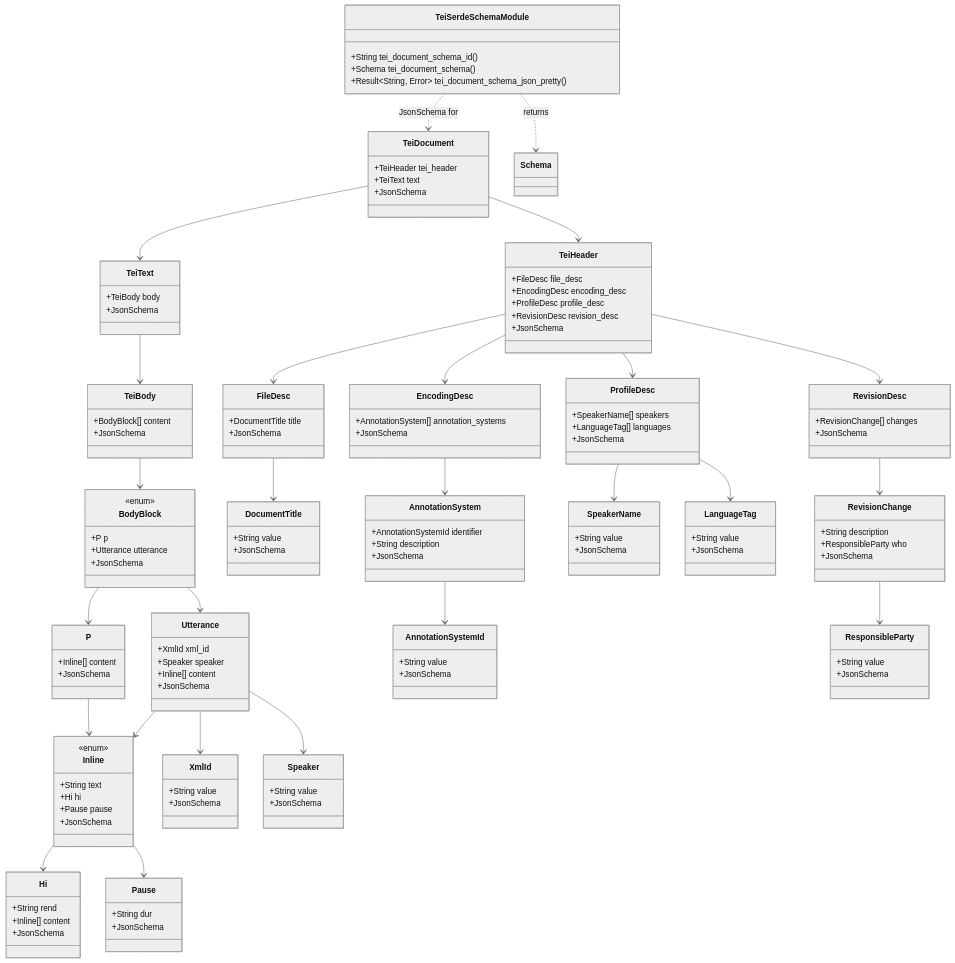
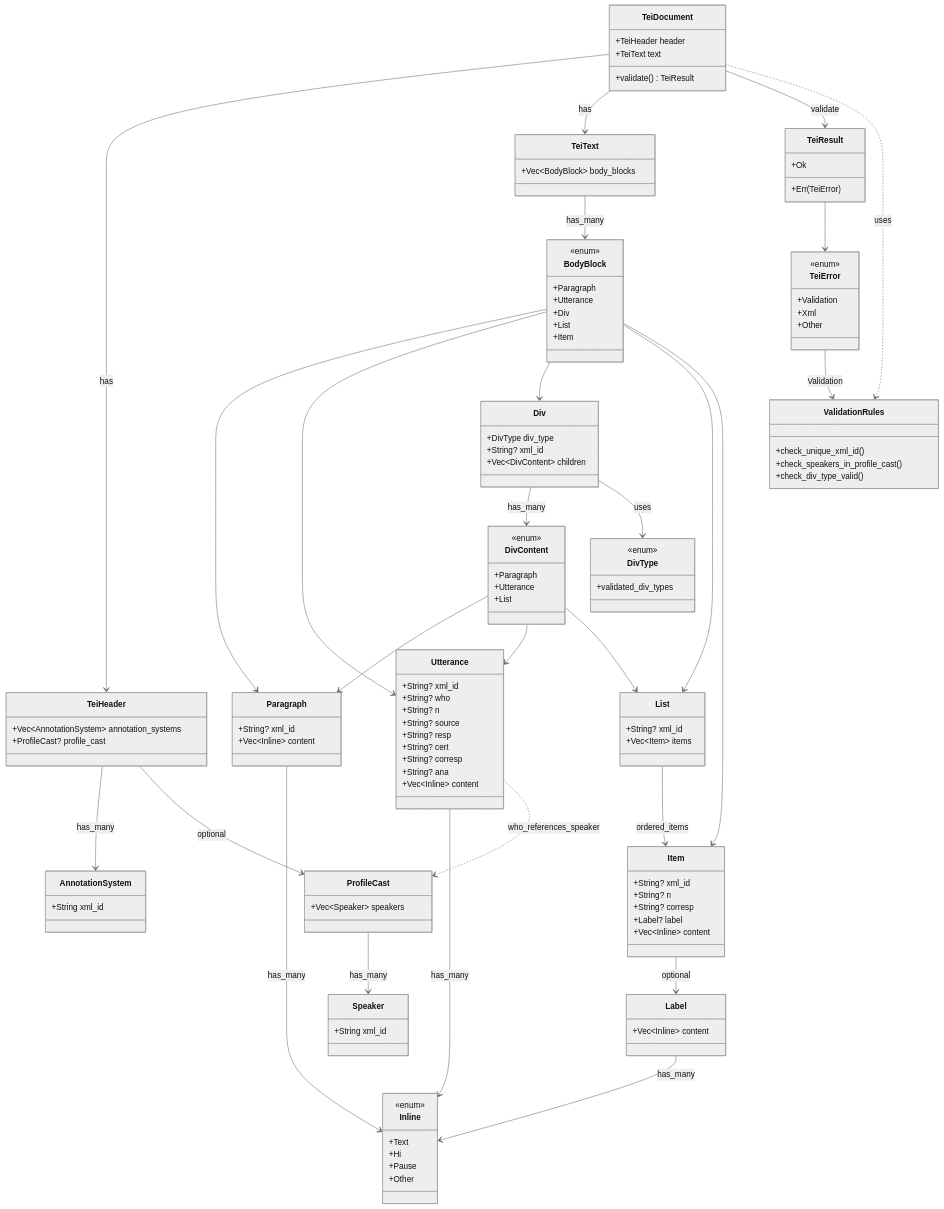
One commit to leynos/tei-rapporteur changed the second of 4 diagrams in docs/tei-rapporteur-design-document.md. Above: the diagram before and after it, drawn with Mermaid (neutral theme). The commit also changed other lines of this file, not shown here.

Commit message:
docs(tei-core): update class diagram and documentation for core data model
- Revised the detailed class diagram of the `tei-core` data model to better illustrate structural body elements such as paragraphs, utterances, thematic divisions, lists, and items.
- Enhanced descriptions of header components, validation rules, and relationships between document entities.
- Reorganized Mermaid diagram definitions to reflect updated entities and relationships for clarity.
- Removed outdated subcomponent diagrams and replaced with consolidated, clearer schematic of the data model.

This improves the accuracy and comprehensiveness of the design document for maintainers and contributors.

````diff
--- a/docs/tei-rapporteur-design-document.md
+++ b/docs/tei-rapporteur-design-document.md
@@ -740,182 +742,154 @@
 ```mermaid
 classDiagram
-    %% Core document structure
+
     class TeiDocument {
-        +TeiHeader tei_header
-        +TeiText text
-        +JsonSchema
+      +TeiHeader header
+      +TeiText text
+      +validate() TeiResult
     }
 
     class TeiHeader {
-        +FileDesc file_desc
-        +EncodingDesc encoding_desc
-        +ProfileDesc profile_desc
-        +RevisionDesc revision_desc
-        +JsonSchema
+      +Vec~AnnotationSystem~ annotation_systems
+      +ProfileCast? profile_cast
+    }
+
+    class AnnotationSystem {
+      +String xml_id
+    }
+
+    class ProfileCast {
+      +Vec~Speaker~ speakers
+    }
+
+    class Speaker {
+      +String xml_id
     }
 
     class TeiText {
-        +TeiBody body
-        +JsonSchema
-    }
-
-    class TeiBody {
-        +BodyBlock[] content
-        +JsonSchema
+      +Vec~BodyBlock~ body_blocks
     }
 
     class BodyBlock {
-        <<enum>>
-        +P p
-        +Utterance utterance
-        +JsonSchema
+      <<enum>>
+      +Paragraph
+      +Utterance
+      +Div
+      +List
+      +Item
     }
 
-    class P {
-        +Inline[] content
-        +JsonSchema
+    class Paragraph {
+      +String? xml_id
+      +Vec~Inline~ content
     }
 
     class Utterance {
-        +XmlId xml_id
-        +Speaker speaker
-        +Inline[] content
-        +JsonSchema
+      +String? xml_id
+      +String? who
+      +String? n
+      +String? source
+      +String? resp
+      +String? cert
+      +String? corresp
+      +String? ana
+      +Vec~Inline~ content
+    }
+
+    class Div {
+      +DivType div_type
+      +String? xml_id
+      +Vec~DivContent~ children
+    }
+
+    class DivContent {
+      <<enum>>
+      +Paragraph
+      +Utterance
+      +List
+    }
+
+    class List {
+      +String? xml_id
+      +Vec~Item~ items
+    }
+
+    class Item {
+      +String? xml_id
+      +String? n
+      +String? corresp
+      +Label? label
+      +Vec~Inline~ content
+    }
+
+    class Label {
+      +Vec~Inline~ content
     }
 
     class Inline {
-        <<enum>>
-        +String text
-        +Hi hi
-        +Pause pause
-        +JsonSchema
+      <<enum>>
+      +Text
+      +Hi
+      +Pause
+      +Other
     }
 
-    class Hi {
-        +String rend
-        +Inline[] content
-        +JsonSchema
+    class DivType {
+      <<enum>>
+      +validated_div_types
     }
 
-    class Pause {
-        +String dur
-        +JsonSchema
+    class TeiResult {
+      +Ok
+      +Err(TeiError)
     }
 
-    class XmlId {
-        +String value
-        +JsonSchema
+    class TeiError {
+      <<enum>>
+      +Validation
+      +Xml
+      +Other
     }
 
-    class Speaker {
-        +String value
-        +JsonSchema
+    class ValidationRules {
+      +check_unique_xml_id()
+      +check_speakers_in_profile_cast()
+      +check_div_type_valid()
     }
 
-    class DocumentTitle {
-        +String value
-        +JsonSchema
-    }
+    TeiDocument --> TeiHeader : has
+    TeiDocument --> TeiText : has
+    TeiDocument --> TeiResult : validate
+    TeiDocument ..> ValidationRules : uses
 
-    %% Header subcomponents
-    class FileDesc {
-        +DocumentTitle title
-        +JsonSchema
-    }
+    TeiHeader --> AnnotationSystem : has_many
+    TeiHeader --> ProfileCast : optional
 
-    class EncodingDesc {
-        +AnnotationSystem[] annotation_systems
-        +JsonSchema
-    }
+    ProfileCast --> Speaker : has_many
 
-    class AnnotationSystem {
-        +AnnotationSystemId identifier
-        +String description
-        +JsonSchema
-    }
+    TeiText --> BodyBlock : has_many
 
-    class AnnotationSystemId {
-        +String value
-        +JsonSchema
-    }
+    Div --> DivContent : has_many
+    Div --> DivType : uses
 
-    class ProfileDesc {
-        +SpeakerName[] speakers
-        +LanguageTag[] languages
-        +JsonSchema
-    }
+    DivContent --> Paragraph
+    DivContent --> Utterance
+    DivContent --> List
 
-    class SpeakerName {
-        +String value
-        +JsonSchema
-    }
+    List --> Item : ordered_items
 
-    class LanguageTag {
-        +String value
-        +JsonSchema
-    }
+    Item --> Label : optional
+    Paragraph --> Inline : has_many
+    Utterance --> Inline : has_many
+    Label --> Inline : has_many
 
-    class RevisionDesc {
-        +RevisionChange[] changes
-        +JsonSchema
-    }
+    Utterance ..> ProfileCast : who_references_speaker
 
-    class RevisionChange {
-        +String description
-        +ResponsibleParty who
-        +JsonSchema
-    }
+    BodyBlock --> Paragraph
+    BodyBlock --> Utterance
+    BodyBlock --> Div
+    BodyBlock --> List
+    BodyBlock --> Item
 
-    class ResponsibleParty {
-        +String value
-        +JsonSchema
-    }
-
-    %% tei-serde schema module
-    class TeiSerdeSchemaModule {
-        +String tei_document_schema_id()
-        +Schema tei_document_schema()
-        +Result~String, Error~ tei_document_schema_json_pretty()
-    }
-
-    class Schema {
-    }
-
-    %% Relationships within tei-core
-    TeiDocument --> TeiHeader
-    TeiDocument --> TeiText
-
-    TeiText --> TeiBody
-    TeiBody --> BodyBlock
-
-    BodyBlock --> P
-    BodyBlock --> Utterance
-
-    P --> Inline
-    Utterance --> XmlId
-    Utterance --> Speaker
-    Utterance --> Inline
-
-    Inline --> Hi
-    Inline --> Pause
-
-    FileDesc --> DocumentTitle
-
-    TeiHeader --> FileDesc
-    TeiHeader --> EncodingDesc
-    TeiHeader --> ProfileDesc
-    TeiHeader --> RevisionDesc
-
-    EncodingDesc --> AnnotationSystem
-    AnnotationSystem --> AnnotationSystemId
-
-    ProfileDesc --> SpeakerName
-    ProfileDesc --> LanguageTag
-
-    RevisionDesc --> RevisionChange
-    RevisionChange --> ResponsibleParty
-
-    %% Schema generation coupling
-    TeiSerdeSchemaModule ..> TeiDocument : JsonSchema for
-    TeiSerdeSchemaModule ..> Schema : returns
+    TeiResult --> TeiError
+    TeiError --> ValidationRules : Validation
 ```
````
